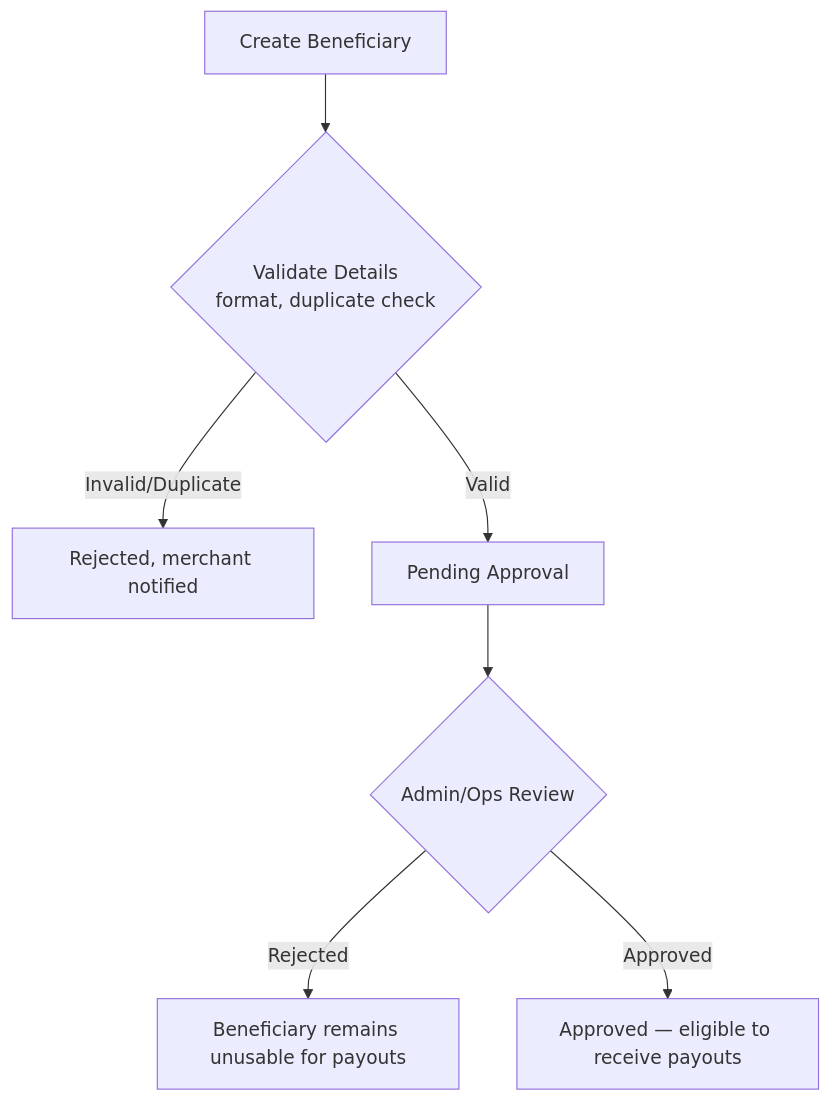
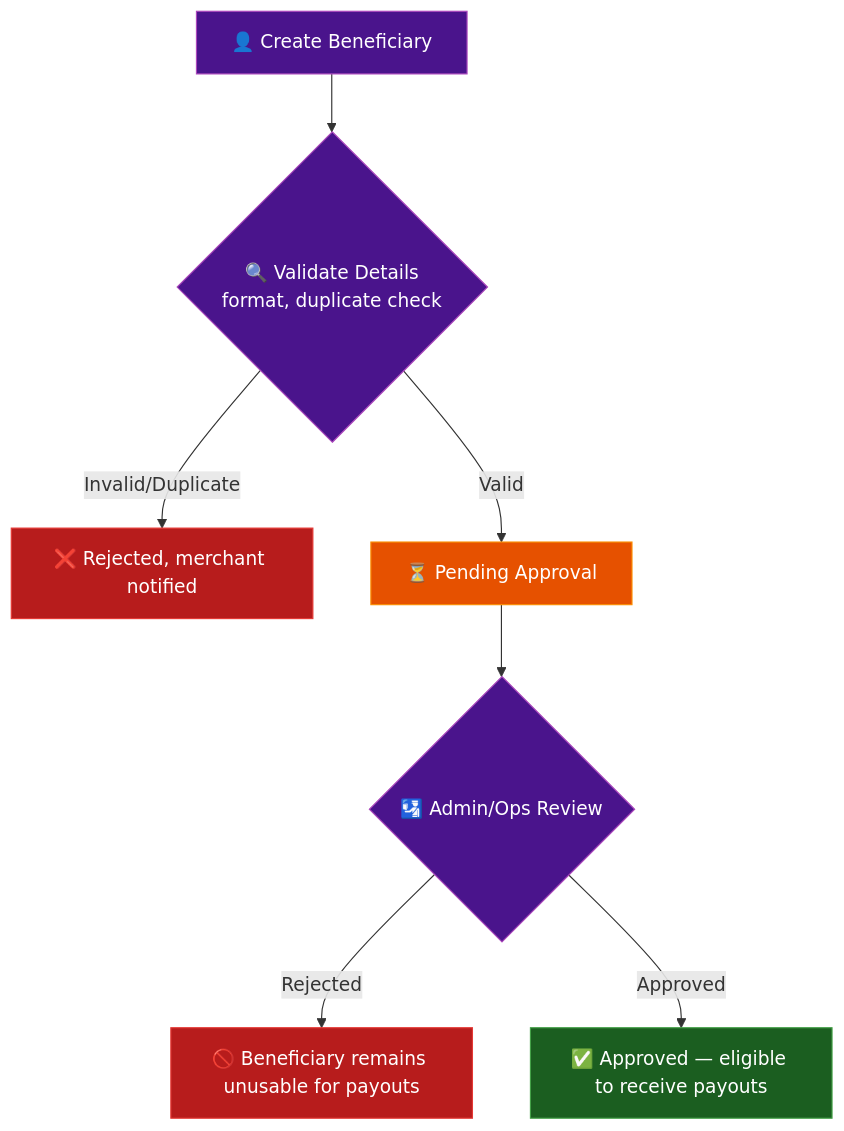
The second of 7 diagrams in docs/architecture-and-flow.md (ghanendra-sdet/fintech-payout-engine), drawn with Mermaid before and after one commit. The commit also changed other lines of this file, not shown here.

Commit message:
docs: enhance architecture diagrams and generalize cross-repo testing insight

````diff
--- a/docs/architecture-and-flow.md
+++ b/docs/architecture-and-flow.md
@@ -20,9 +28,18 @@
 ```mermaid
 flowchart TD
-    Create["Create Beneficiary"] --> Validate{"Validate Details<br/>format, duplicate check"}
-    Validate -->|Invalid/Duplicate| Reject["Rejected, merchant notified"]
-    Validate -->|Valid| Pending["Pending Approval"]
-    Pending --> Review{"Admin/Ops Review"}
-    Review -->|Rejected| Unusable["Beneficiary remains unusable for payouts"]
-    Review -->|Approved| Approved["Approved — eligible to receive payouts"]
+    Create["👤 Create Beneficiary"] --> Validate{"🔍 Validate Details<br/>format, duplicate check"}
+    Validate -->|Invalid/Duplicate| Reject["❌ Rejected, merchant notified"]
+    Validate -->|Valid| Pending["⏳ Pending Approval"]
+    Pending --> Review{"🛂 Admin/Ops Review"}
+    Review -->|Rejected| Unusable["🚫 Beneficiary remains unusable for payouts"]
+    Review -->|Approved| Approved["✅ Approved — eligible to receive payouts"]
+
+    classDef good fill:#1b5e20,stroke:#43a047,color:#fff
+    classDef bad fill:#b71c1c,stroke:#e53935,color:#fff
+    classDef warn fill:#e65100,stroke:#fb8c00,color:#fff
+    classDef gate fill:#4a148c,stroke:#ab47bc,color:#fff
+    class Create,Validate,Review gate
+    class Reject,Unusable bad
+    class Pending warn
+    class Approved good
 ```
````
